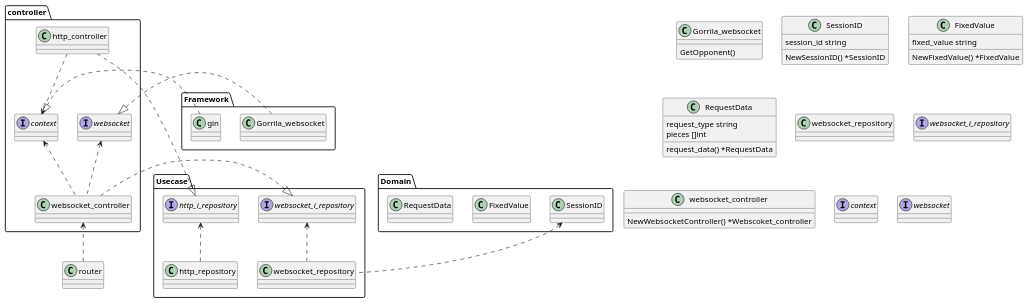
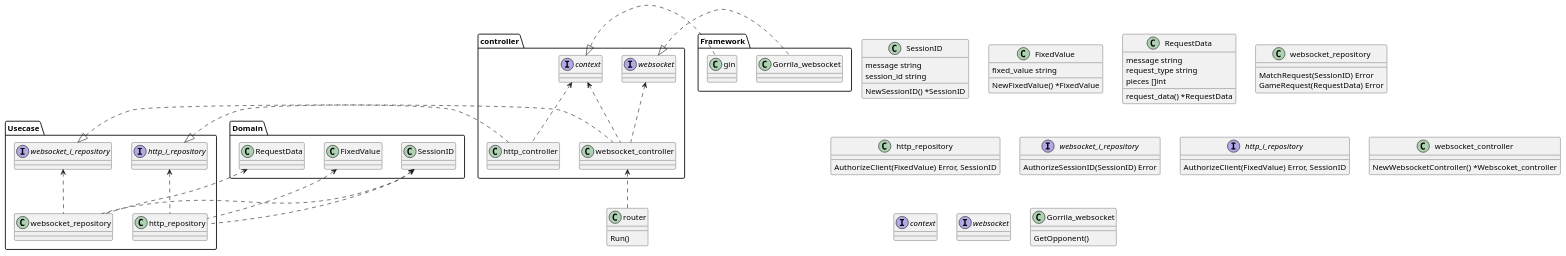
Before and after one commit to Issei0804-ie/Uhyo: the diagram in uml/api/classDiagram.puml, drawn with PlantUML. The commit also changed 1 other file, not shown here.

```diff
--- a/uml/api/classDiagram.puml
+++ b/uml/api/classDiagram.puml
@@ -1,94 +1,124 @@
 @startuml
 
 package "Domain"{
     class SessionID
     class FixedValue
     class RequestData
 }
+
 package "Usecase"{
     class websocket_repository
     class http_repository
     interface websocket_i_repository
     interface http_i_repository
 }
-
 
 package "controller" {
     class websocket_controller
     class http_controller
     interface context
     interface websocket
 }
 
 package "Framework" {
     /'こいつにオンメモリでデータを持たせばよさそう'/
     class Gorrila_websocket
     class gin
 }
 
 
-websocket <|. Gorrila_websocket
+/'usecase and domain '/
+RequestData <.. websocket_repository
 SessionID <.. websocket_repository
+SessionID <.. http_repository
+FixedValue <.. http_repository
+
+/'usecase'/
+websocket_i_repository <.. websocket_repository
+http_i_repository <.. http_repository
+
+/'controller and usecase '/
+http_i_repository <|. http_controller
 websocket_i_repository <|. websocket_controller
-websocket_i_repository <.. websocket_repository
+
+/'controller'/
 context <.. websocket_controller
 websocket <.. websocket_controller
+context <.. http_controller
+
+/'interface and controller'/
+websocket <|. Gorrila_websocket
+context <|. gin
 websocket_controller <.. router
 
-http_i_repository <.. http_repository
-http_controller .|> http_i_repository
-http_controller ..> context
-gin .|> context
 
+/' ---------------class--------------- '/
 
-class router{
-}
-class Gorrila_websocket{
-    GetOpponent()
-}
-
+/'domain'/
 class SessionID {
     NewSessionID() *SessionID
+    message string
     session_id string
 }
 
 class FixedValue {
     NewFixedValue() *FixedValue
     fixed_value string
 }
 
 class RequestData {
     request_data() *RequestData
+    message string
     request_type string
     pieces []int
 }
+
+/'usecase'/
 class websocket_repository {
+    MatchRequest(SessionID) Error
+    GameRequest(RequestData) Error
+}
 
+class http_repository{
+    AuthorizeClient(FixedValue) Error, SessionID
 }
 
 interface websocket_i_repository {
-
+    AuthorizeSessionID(SessionID) Error
 }
 
+interface http_i_repository{
+    AuthorizeClient(FixedValue) Error, SessionID
+}
+
+/'controller'/
 class websocket_controller {
     NewWebsocketController() *Webscoket_controller
 }
 
 interface context {
 }
 
 interface websocket {
 }
-class router {
+
+/'interface'/
+class Gorrila_websocket{
+    GetOpponent()
+}
+
+/'etc'/
+class router{
+    Run()
 }
 
 
 /'
     "--":関連
     "<..":依存
     "o--":集約(弱い has-a 関係)
     "*--":コンポジッション(強い has-a 関係)
     "<|.":実現
     "<|-":継承
 '/
 @enduml
```
